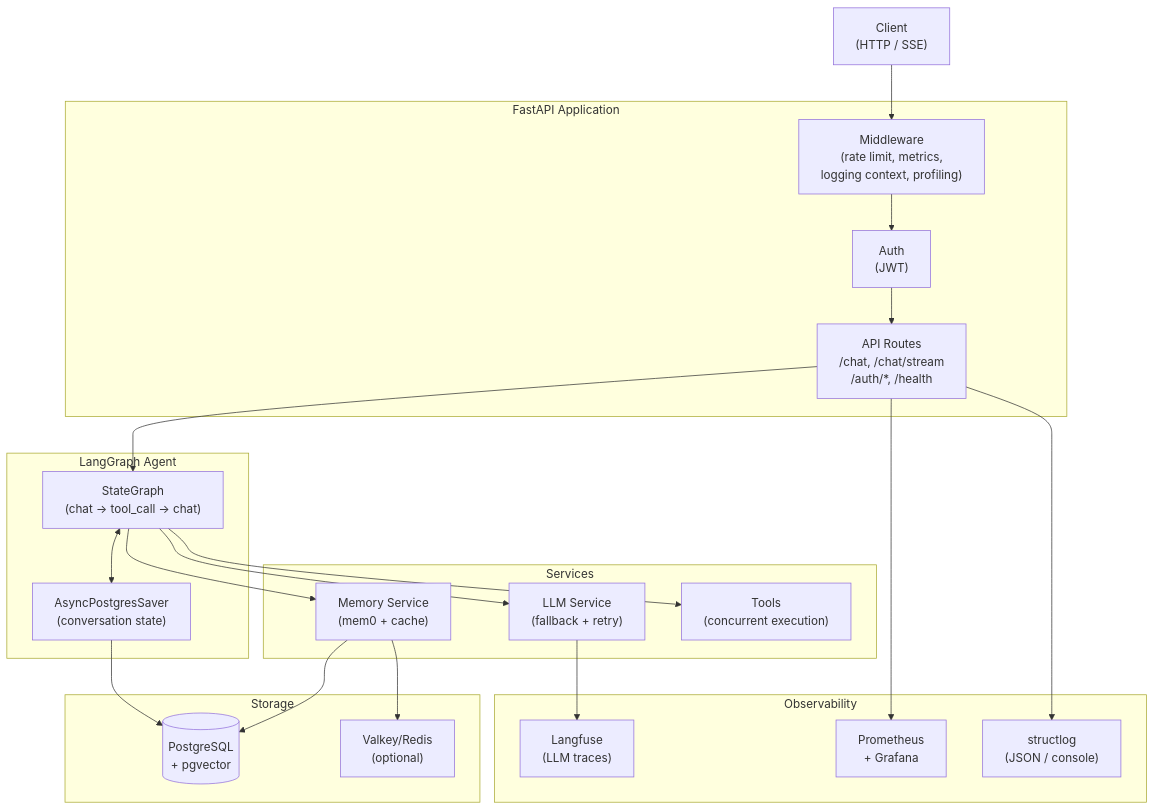
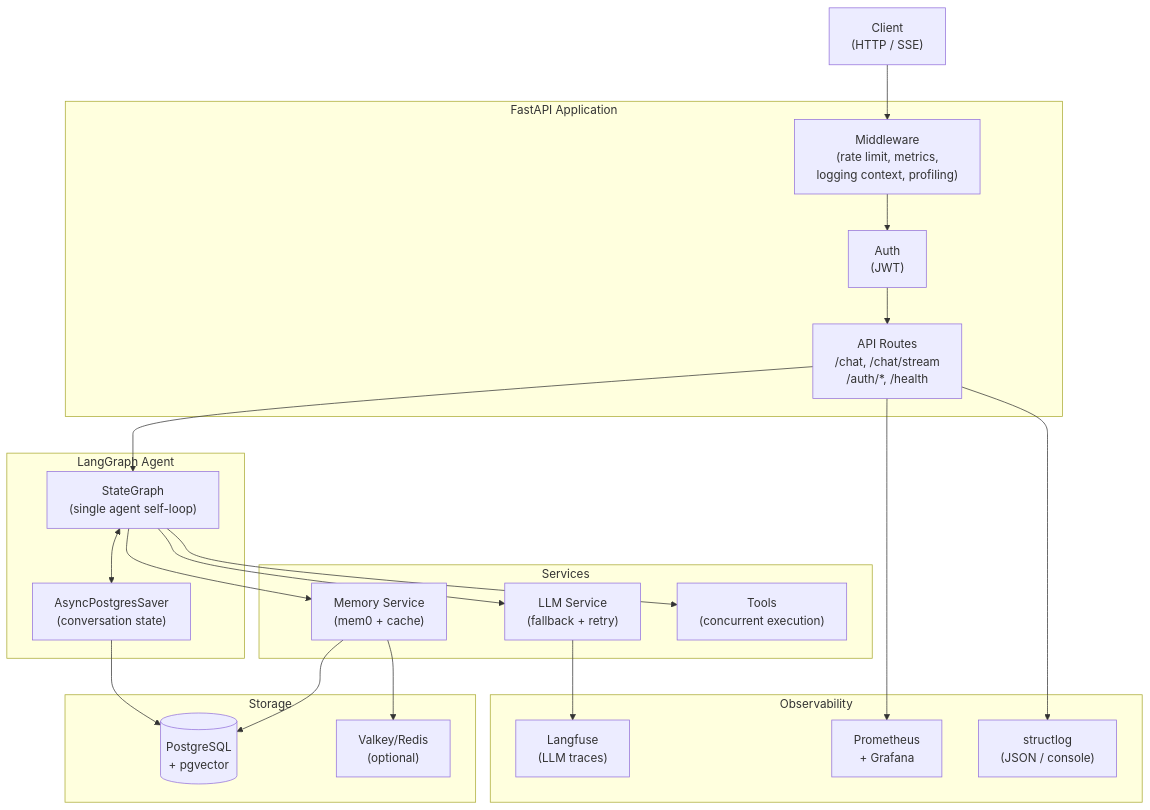
Before and after one commit to MoHatemTC/ai-coding-helper-app: the first of 3 diagrams in docs/architecture.md, drawn with Mermaid. The commit also changed other lines of this file and 12 other files, not shown here.

````diff
--- a/docs/architecture.md
+++ b/docs/architecture.md
@@ -5,43 +5,43 @@
 ```mermaid
 graph TB
     Client["Client\n(HTTP / SSE)"]
 
     subgraph FastAPI["FastAPI Application"]
         MW["Middleware\n(rate limit, metrics,\nlogging context, profiling)"]
         Auth["Auth\n(JWT)"]
         API["API Routes\n/chat, /chat/stream\n/auth/*, /health"]
     end
 
     subgraph Agent["LangGraph Agent"]
-        Graph["StateGraph\n(chat → tool_call → chat)"]
+        Graph["StateGraph\n(single agent self-loop)"]
         Checkpointer["AsyncPostgresSaver\n(conversation state)"]
     end
 
     subgraph Services["Services"]
         LLM["LLM Service\n(fallback + retry)"]
         Memory["Memory Service\n(mem0 + cache)"]
         Tools["Tools\n(concurrent execution)"]
     end
 
     subgraph Storage["Storage"]
         PG[("PostgreSQL\n+ pgvector")]
         Cache["Valkey/Redis\n(optional)"]
     end
 
     subgraph Observability["Observability"]
         Langfuse["Langfuse\n(LLM traces)"]
         Prometheus["Prometheus\n+ Grafana"]
         Logs["structlog\n(JSON / console)"]
     end
 
     Client --> MW --> Auth --> API
     API --> Graph
     Graph --> LLM --> Langfuse
     Graph --> Tools
     Graph --> Memory --> Cache
     Graph <--> Checkpointer
     Memory --> PG
     Checkpointer --> PG
     API --> Prometheus
     API --> Logs
 ```
````
